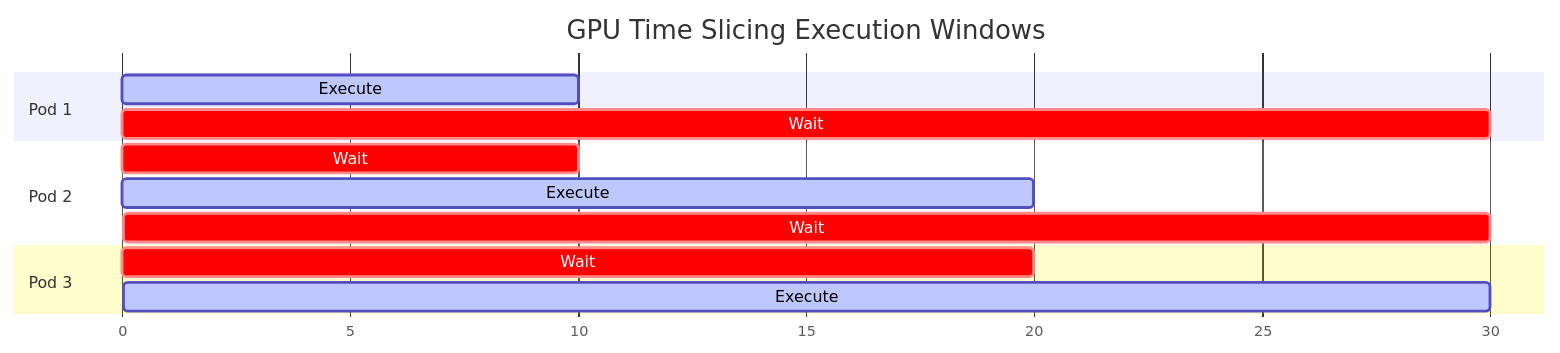
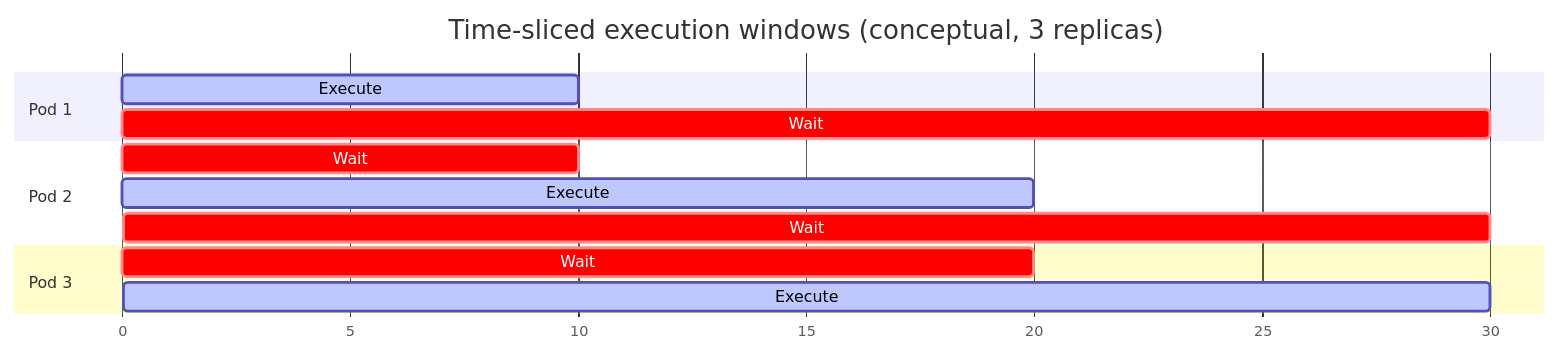
One commit to ok-karthik/ai-infrastructure-on-eks changed the diagram in docs/performance.md. Above: the diagram before and after it, drawn with Mermaid. The commit also changed other lines of this file and 192 other files, not shown here.

````diff
--- a/docs/performance.md
+++ b/docs/performance.md
@@ -21,16 +43,16 @@
 ```mermaid
 gantt
-    title GPU Time Slicing Execution Windows
+    title Time-sliced execution windows (conceptual, 3 replicas)
     dateFormat  X
     axisFormat %s
     section Pod 1
     Execute :active, 0, 10
     Wait    :crit, 10, 30
     section Pod 2
     Wait    :crit, 0, 10
     Execute :active, 10, 20
     Wait    :crit, 20, 30
     section Pod 3
     Wait    :crit, 0, 20
     Execute :active, 20, 30
 ```
````
